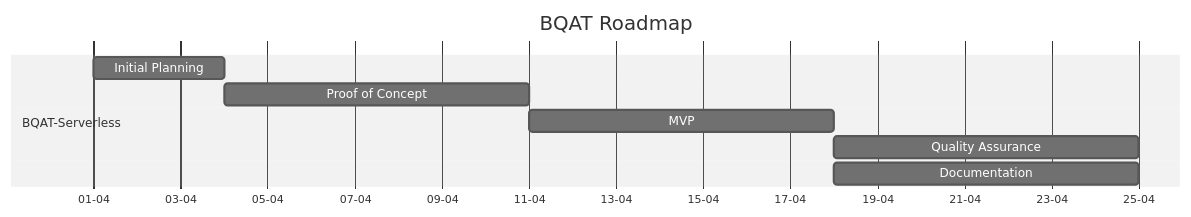
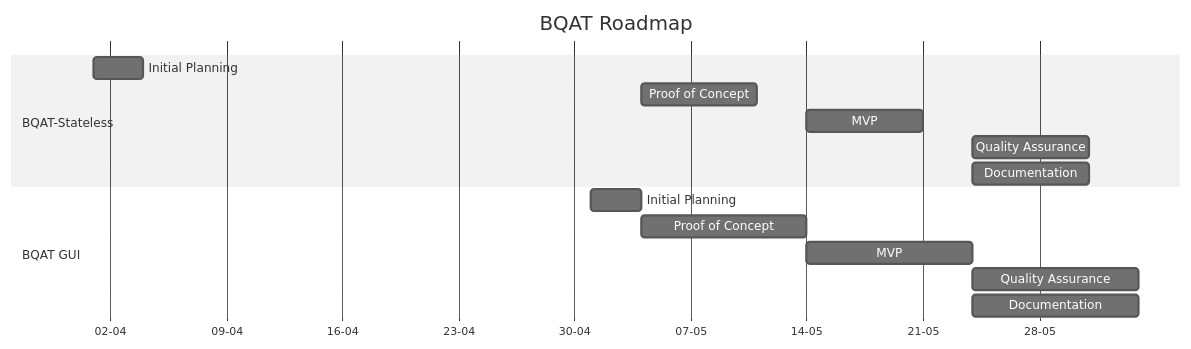
The diagram in solutions/roadmap.md (Biometix/biometix.github.io), drawn with Mermaid (neutral theme) before and after one commit. The commit also changed other lines of this file and 4 other files, not shown here.

Commit message:
Update for BQAT stateless

````diff
--- a/solutions/roadmap.md
+++ b/solutions/roadmap.md
@@ -12,13 +12,20 @@
 ``` mermaid
 gantt
     title BQAT Roadmap
     dateFormat  DD-MM
     axisFormat  %d-%m
 
-    section BQAT-Serverless
+    section BQAT-Stateless
     Initial Planning    : a1, 01-04, 3d
     Proof of Concept    : a2, after a1, 7d
     MVP                 : a3, after a2, 7d
     Quality Assurance   : a4, after a3, 7d
     Documentation       : after a3, 7d
+
+    section BQAT GUI
+    Initial Planning    : a1, 01-05, 3d
+    Proof of Concept    : a2, after a1, 10d
+    MVP                 : a3, after a2, 10d
+    Quality Assurance   : a4, after a3, 10d
+    Documentation       : after a3, 10d
 ```
````
